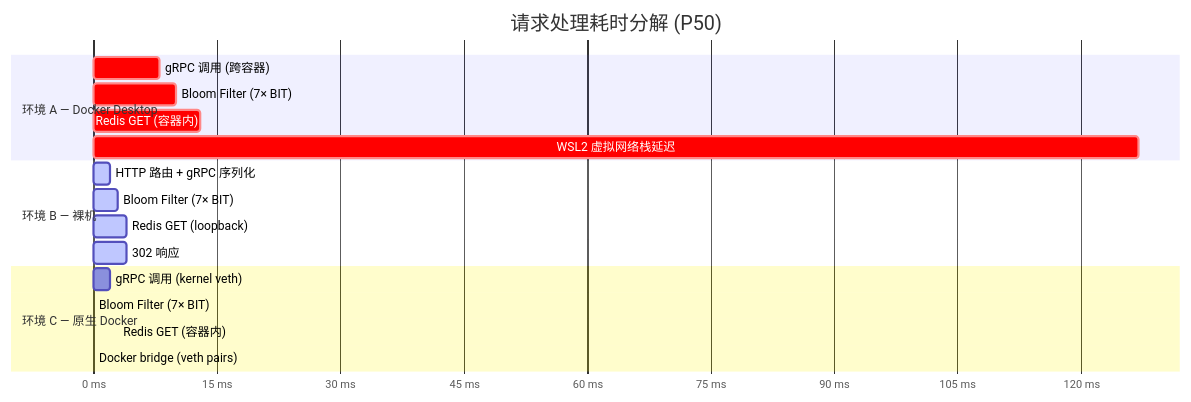
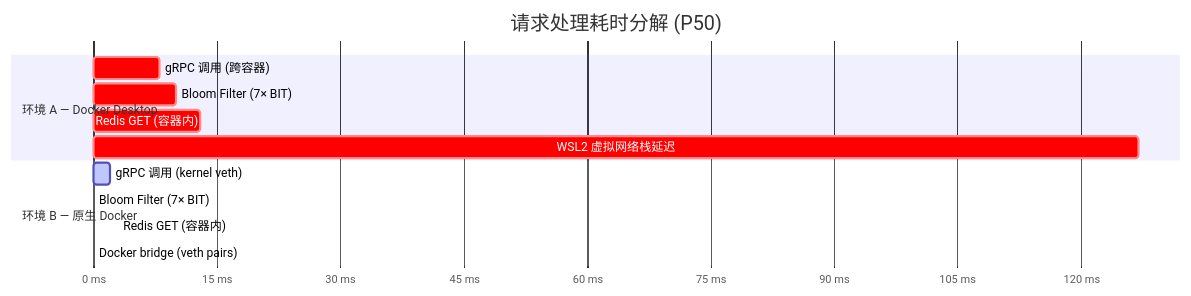
The diagram in README.md (Vierblatt/shortlink), drawn with Mermaid before and after one commit. The commit also changed other lines of this file, not shown here.

First line of the commit message:
Remove bare-metal benchmark, keep Docker-vs-Docker comparison only

````diff
--- a/README.md
+++ b/README.md
@@ -249,24 +232,18 @@
 ```mermaid
 gantt
     title 请求处理耗时分解 (P50)
     dateFormat X
     axisFormat %s ms
 
     section 环境 A — Docker Desktop
     gRPC 调用 (跨容器)             :crit, a1, 0, 8
     Bloom Filter (7× BIT)          :crit, a2, 8, 10
     Redis GET (容器内)             :crit, a3, 10, 13
     WSL2 虚拟网络栈延迟            :crit, a4, 13, 127
 
-    section 环境 B — 裸机
-    HTTP 路由 + gRPC 序列化        :active, b1, 0, 2
-    Bloom Filter (7× BIT)          :active, b2, 2, 3
-    Redis GET (loopback)           :active, b3, 3, 4
-    302 响应                       :active, b4, 4, 4
-
-    section 环境 C — 原生 Docker
-    gRPC 调用 (kernel veth)        :c1, 0, 2
-    Bloom Filter (7× BIT)          :c2, 2, 2.5
-    Redis GET (容器内)             :c3, 2.5, 3
-    Docker bridge (veth pairs)     :c4, 3, 4.5
+    section 环境 B — 原生 Docker
+    gRPC 调用 (kernel veth)        :active, b1, 0, 2
+    Bloom Filter (7× BIT)          :active, b2, 2, 2.5
+    Redis GET (容器内)             :active, b3, 2.5, 3
+    Docker bridge (veth pairs)     :active, b4, 3, 4.5
 ```
````
